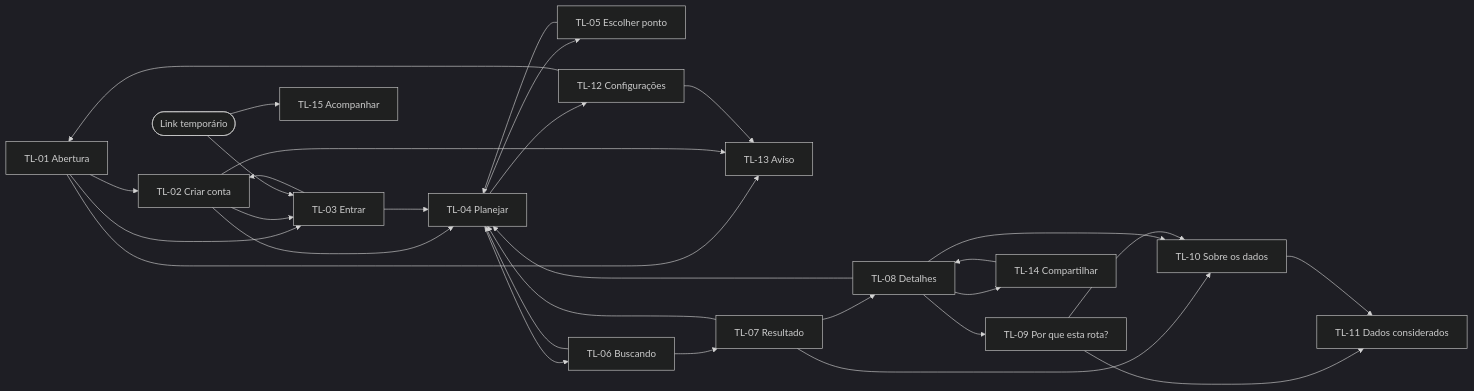
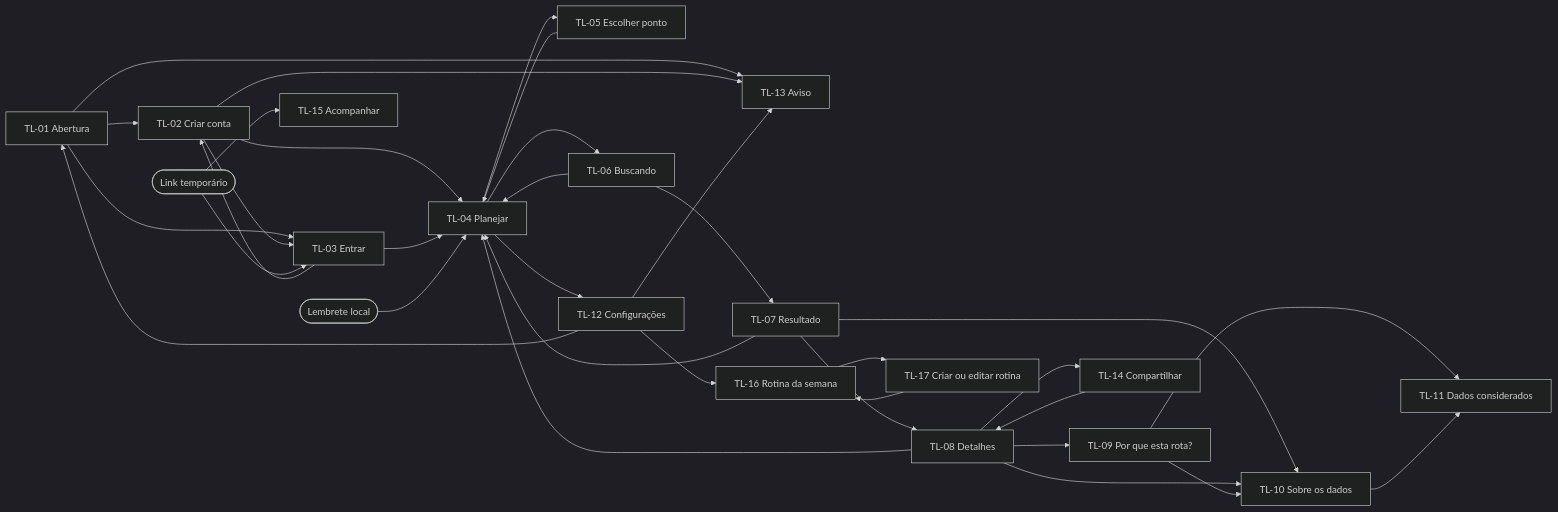
Before and after one commit to VoltaSegura/voltasegura: the diagram in docs/app-map/05_navegacao.md, drawn with Mermaid (dark theme). The commit also changed other lines of this file and 134 other files, not shown here.

First line of the commit message:
feat(mobile): redesign ondas 3 a 5, VoltaSegura+ (rotina com lembrete local) e compartilhar trajeto (protótipo com mock)

````diff
--- a/docs/app-map/05_navegacao.md
+++ b/docs/app-map/05_navegacao.md
@@ -39,32 +42,36 @@
 ```mermaid
 flowchart LR
     TL01["TL-01 Abertura"] --> TL02["TL-02 Criar conta"]
     TL01 --> TL03["TL-03 Entrar"]
     TL01 --> TL13["TL-13 Aviso"]
     TL02 --> TL13
     TL02 --> TL03
     TL03 --> TL02
     TL02 --> TL04["TL-04 Planejar"]
     TL03 --> TL04
     TL04 --> TL05["TL-05 Escolher ponto"]
     TL05 --> TL04
     TL04 --> TL06["TL-06 Buscando"]
     TL06 --> TL07["TL-07 Resultado"]
     TL06 --> TL04
     TL07 --> TL08["TL-08 Detalhes"]
     TL08 --> TL09["TL-09 Por que esta rota?"]
     TL07 --> TL10["TL-10 Sobre os dados"]
     TL08 --> TL10
     TL09 --> TL10
     TL09 --> TL11["TL-11 Dados considerados"]
     TL10 --> TL11
     TL07 --> TL04
     TL08 --> TL04
     TL04 --> TL12["TL-12 Configurações"]
+    TL12 --> TL16["TL-16 Rotina da semana"]
+    TL16 --> TL17["TL-17 Criar ou editar rotina"]
+    TL17 --> TL16
+    NOTIF(["Lembrete local"]) --> TL04
     TL12 --> TL13
     TL12 --> TL01
     TL08 --> TL14["TL-14 Compartilhar"]
     TL14 --> TL08
     LINK(["Link temporário"]) --> TL15["TL-15 Acompanhar"]
     LINK --> TL03
 ```
````
